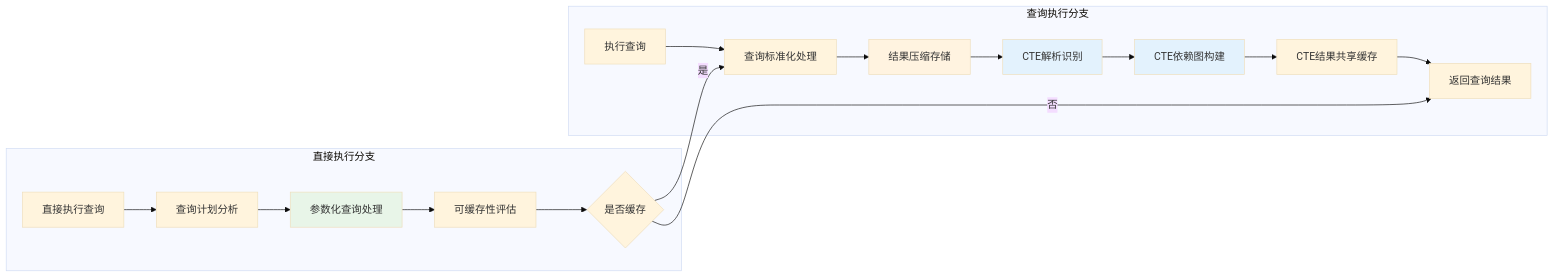
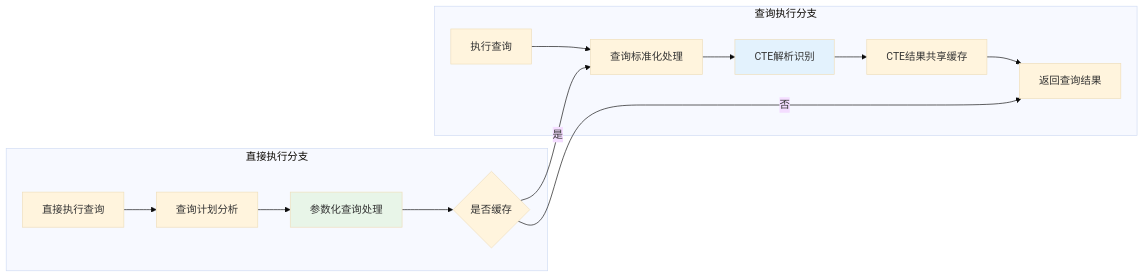
Before and after one commit to crazypenguincode/duckdb: the third of 5 diagrams in md/第三章-基于布隆过滤器的SQL和CTE动态缓存技术.md, drawn with Mermaid (base theme). The commit also changed other lines of this file and 6 other files, not shown here.

````diff
--- a/md/第三章-基于布隆过滤器的SQL和CTE动态缓存技术.md
+++ b/md/第三章-基于布隆过滤器的SQL和CTE动态缓存技术.md
@@ -163,25 +160,29 @@
 ```mermaid
 graph LR
-    subgraph "查询执行分支"
-        H1[执行查询] --> H2[查询标准化处理]
-        H2 --> I1[结果压缩存储]
-        I1 --> J1[CTE解析识别]
-        J1 --> J2[CTE依赖图构建]
-        J2 --> K1[CTE结果共享缓存]
-        K1 --> L1[返回查询结果]
+    subgraph s1["查询执行分支"]
+        H2["查询标准化处理"]
+        H1["执行查询"]
+        J1["CTE解析识别"]
+        K1["CTE结果共享缓存"]
+        L1["返回查询结果"]
     end
-    
-    subgraph "直接执行分支"
-        D1[直接执行查询] --> M1[查询计划分析]
-        M1 --> M2[参数化查询处理]
-        M2 --> N1[可缓存性评估]
-        N1 --> O1{是否缓存}
-        O1 -->|是| H2
-        O1 -->|否| L1
+    subgraph s2["直接执行分支"]
+        M1["查询计划分析"]
+        D1["直接执行查询"]
+        M2["参数化查询处理"]
+        O1{"是否缓存"}
     end
-    
-    style I1 fill:#fff3e0
+    H1 --> H2
+    H2 --> J1
+    J1 --> K1
+    K1 --> L1
+    D1 --> M1
+    M1 --> M2
+    M2 -->  O1
+    O1 -- 是 --> H2
+    O1 -- 否 --> L1
+
     style J1 fill:#e3f2fd
-    style J2 fill:#e3f2fd
     style M2 fill:#e8f5e8
+
 ```
````
